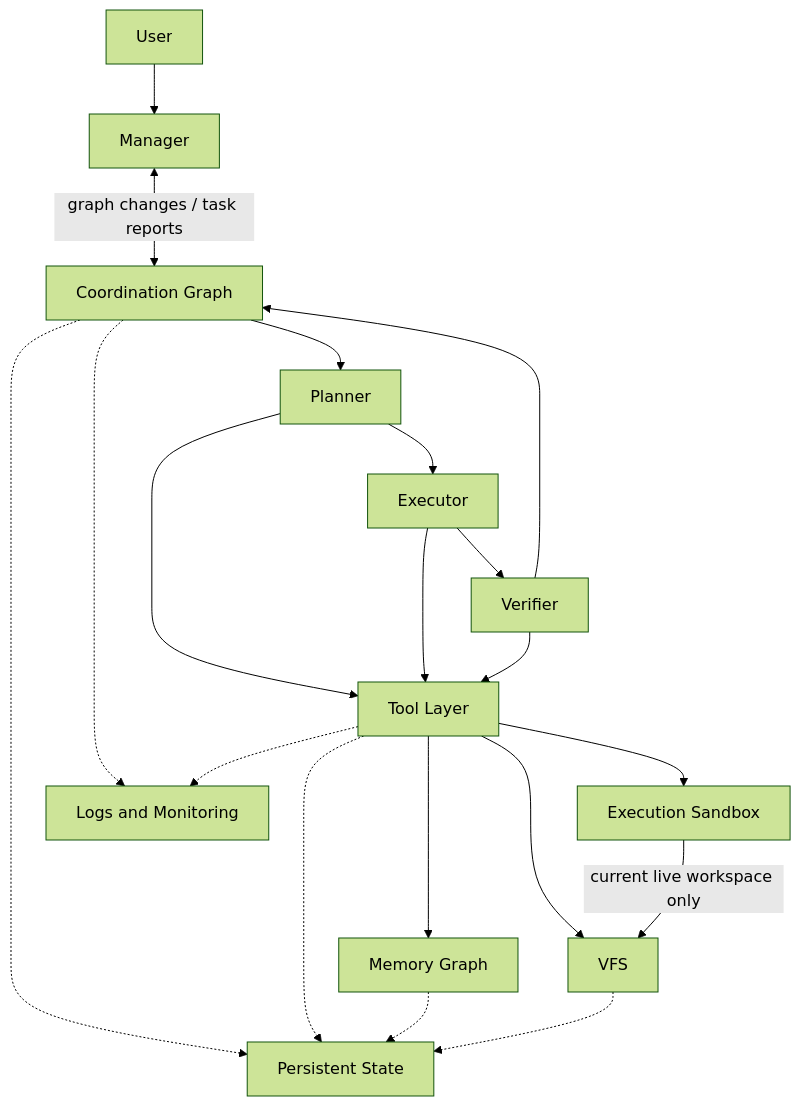
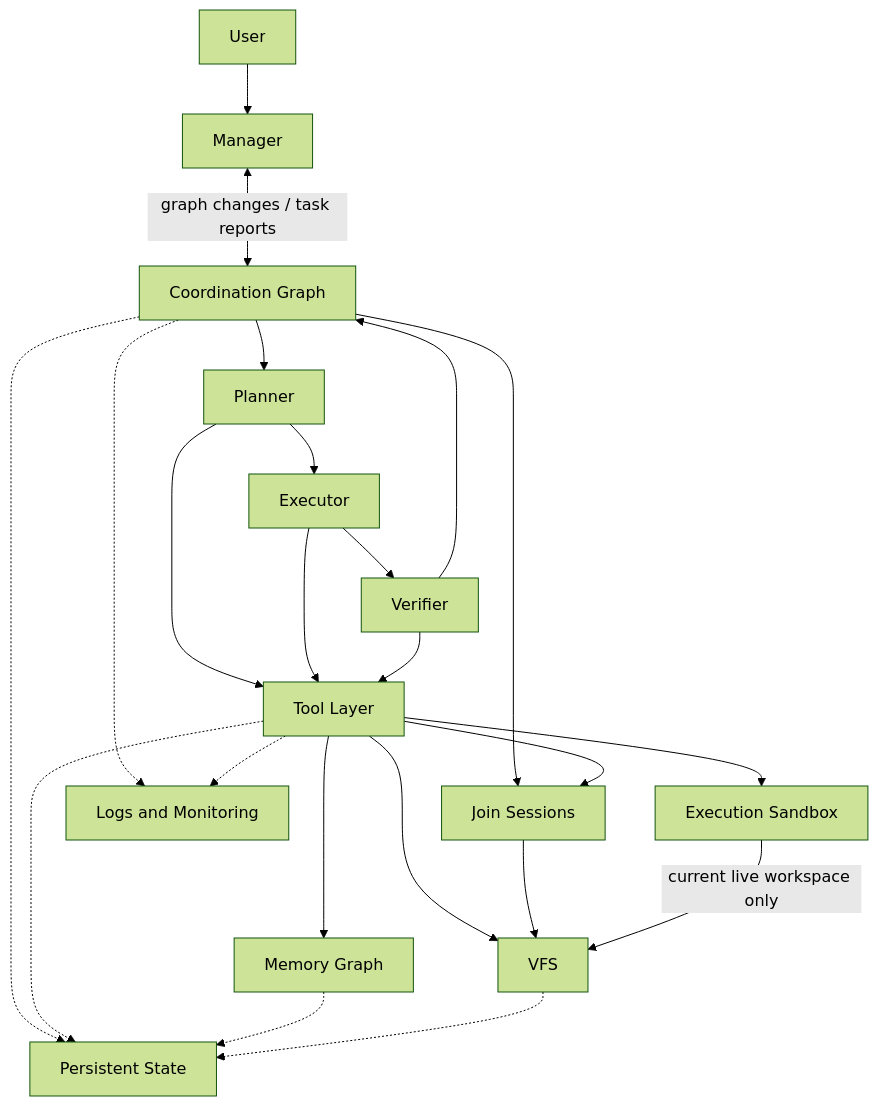
The diagram in docs/architecture-governance.md (KDZZZZZZ/threadmill), drawn with Mermaid (forest theme) before and after one commit. The commit also changed other lines of this file and 36 other files, not shown here.

````diff
--- a/docs/architecture-governance.md
+++ b/docs/architecture-governance.md
@@ -5,26 +5,29 @@
 ```mermaid
 flowchart TD
     U[User] --> M[Manager]
     M <-->|graph changes / task reports| G[Coordination Graph]
 
     G --> P[Planner]
     P --> E[Executor]
     E --> V[Verifier]
     V --> G
+    G --> J[Join Sessions]
 
     P --> T[Tool Layer]
     E --> T
     V --> T
+    T --> J
     T --> MEM[Memory Graph]
     T --> VFS[VFS]
+    J --> VFS
     T --> EXEC[Execution Sandbox]
     EXEC -->|current live workspace only| VFS
 
     G -.-> STATE[Persistent State]
     T -.-> STATE
     MEM -.-> STATE
     VFS -.-> STATE
 
     G -.-> OBS[Logs and Monitoring]
     T -.-> OBS
 ```
````
